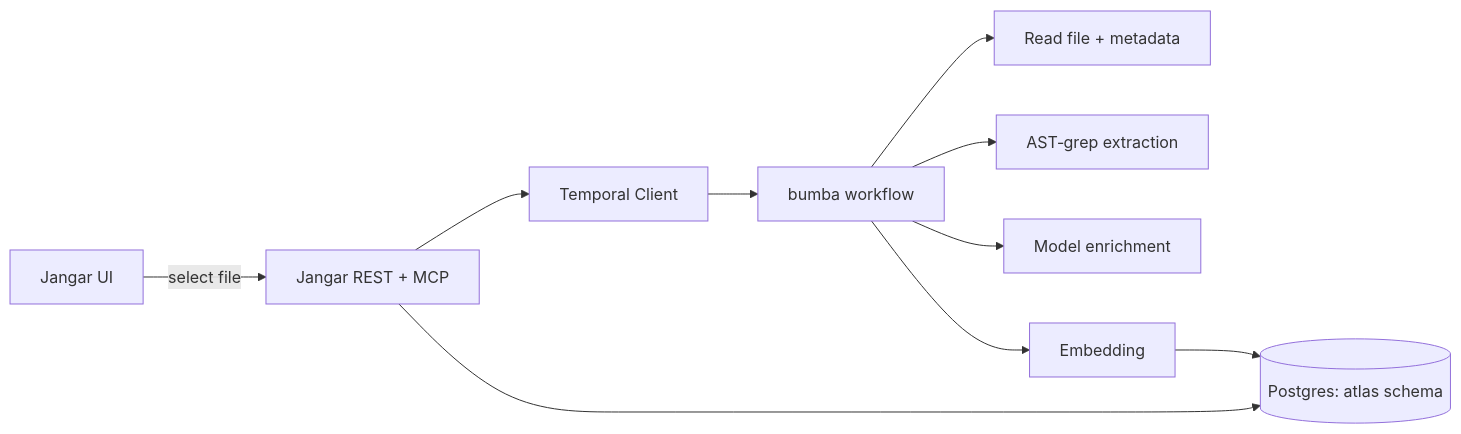
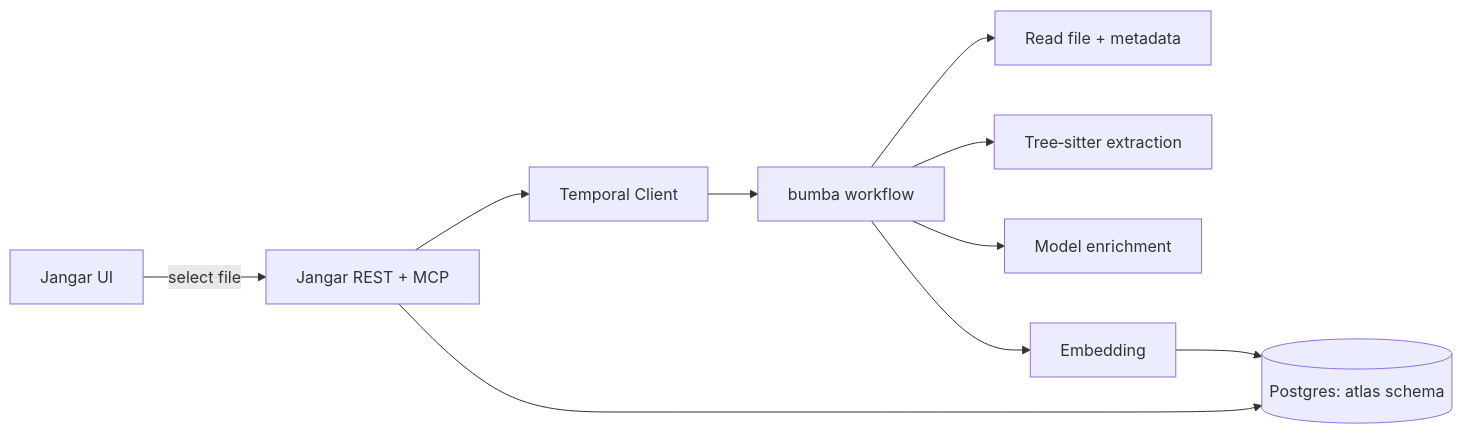
The first of 3 diagrams in docs/atlas-indexing.md (proompteng/lab), drawn with Mermaid before and after one commit. The commit also changed other lines of this file, not shown here.

Commit message:
docs: switch atlas extraction to tree-sitter

````diff
--- a/docs/atlas-indexing.md
+++ b/docs/atlas-indexing.md
@@ -24,12 +24,12 @@
 ```mermaid
 flowchart LR
   UI[Jangar UI] -->|select file| API[Jangar REST + MCP]
   API --> TC[Temporal Client]
   TC --> WF[bumba workflow]
   WF --> ACT1[Read file + metadata]
-  WF --> ACT2[AST‑grep extraction]
+  WF --> ACT2[Tree‑sitter extraction]
   WF --> ACT3[Model enrichment]
   WF --> ACT4[Embedding]
   ACT4 --> DB[(Postgres: atlas schema)]
   API --> DB
 ```
````
